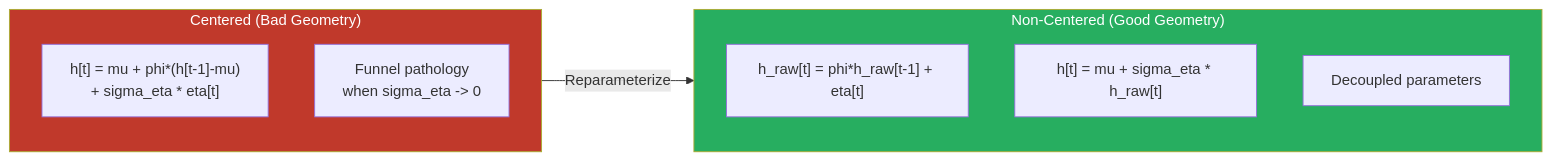
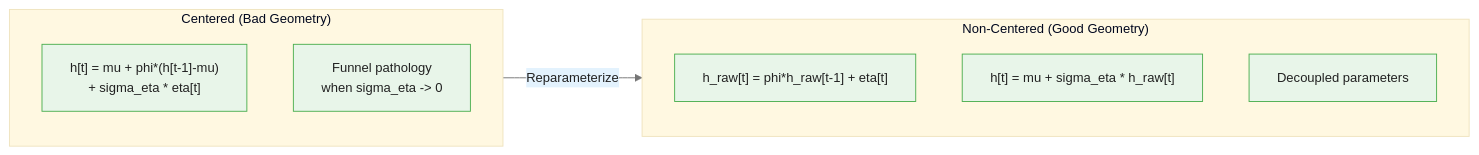
The third of 5 diagrams in courses/bayesian-commodity-forecasting/modules/module_06_inference/guides/02_hamiltonian_monte_carlo_slides.md (m-deane/course-creator), drawn with Mermaid before and after one commit. The commit also changed other lines of this file and 104 other files, not shown here.

````diff
--- a/courses/bayesian-commodity-forecasting/modules/module_06_inference/guides/02_hamiltonian_monte_carlo_slides.md
+++ b/courses/bayesian-commodity-forecasting/modules/module_06_inference/guides/02_hamiltonian_monte_carlo_slides.md
@@ -240,15 +254,14 @@
 ```mermaid
+%%{init: {"theme": "base", "themeVariables": {"primaryColor": "#e8f5e9", "primaryBorderColor": "#4caf50", "primaryTextColor": "#212121", "secondaryColor": "#e3f2fd", "tertiaryColor": "#fff8e1", "lineColor": "#757575", "fontFamily": "Inter, sans-serif", "fontSize": "14px"}}}%%
 flowchart LR
     subgraph Centered["Centered (Bad Geometry)"]
         C1["h[t] = mu + phi*(h[t-1]-mu)\n+ sigma_eta * eta[t]"]
         C2["Funnel pathology\nwhen sigma_eta -> 0"]
     end
     subgraph NonCentered["Non-Centered (Good Geometry)"]
         NC1["h_raw[t] = phi*h_raw[t-1] + eta[t]"]
         NC2["h[t] = mu + sigma_eta * h_raw[t]"]
         NC3["Decoupled parameters"]
     end
     Centered -->|"Reparameterize"| NonCentered
-    style Centered fill:#c0392b,color:#fff
-    style NonCentered fill:#27ae60,color:#fff
 ```
````
